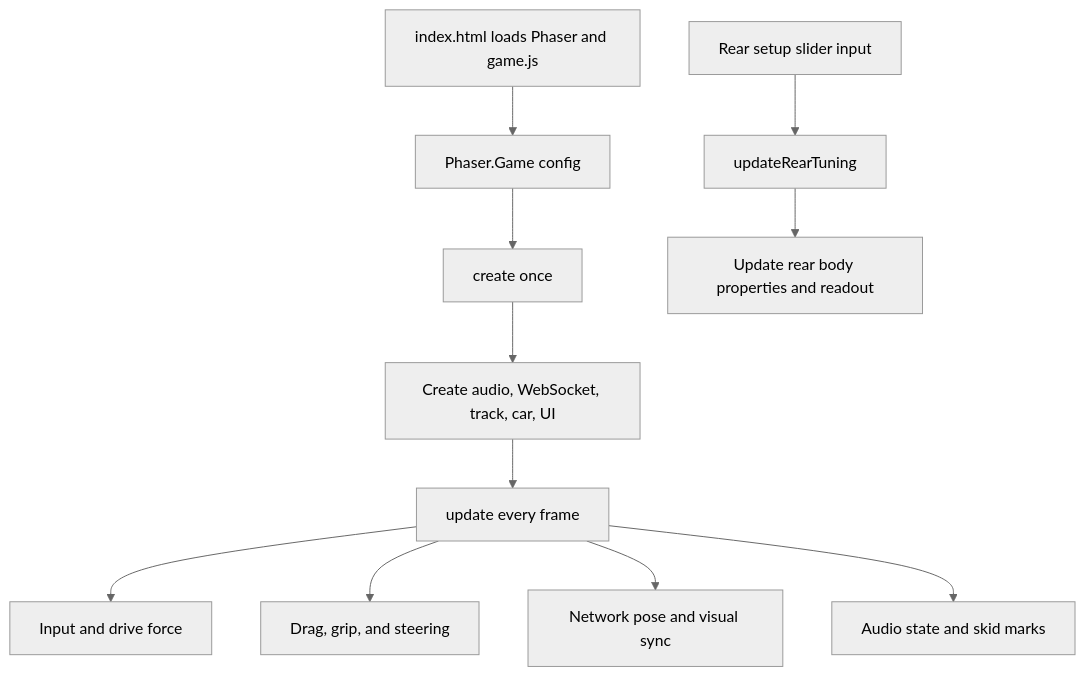
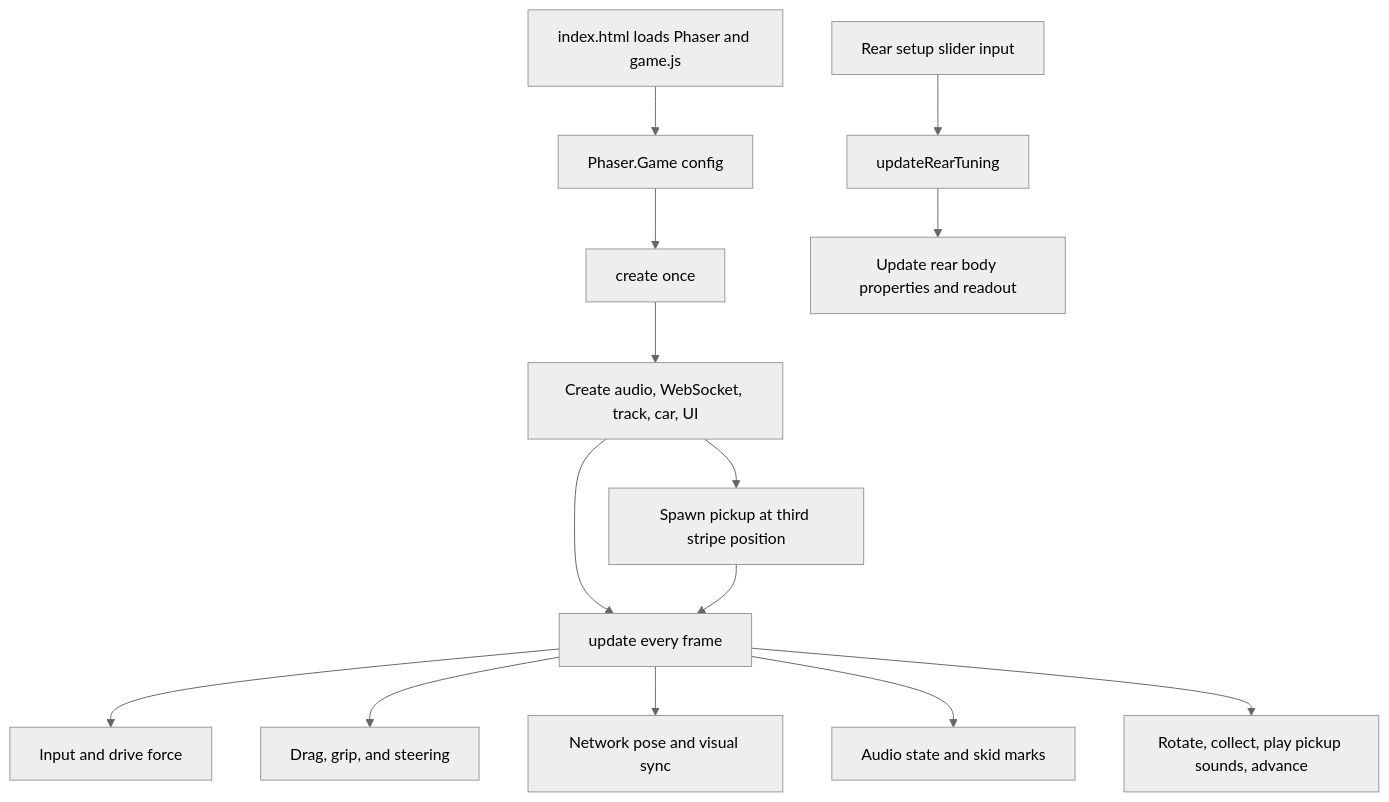
The diagram in ARCH.md (ivo-a2033/racingonline), drawn with Mermaid (neutral theme) before and after one commit. The commit also changed other lines of this file and 7 other files, not shown here.

````diff
--- a/ARCH.md
+++ b/ARCH.md
@@ -38,13 +40,16 @@
 ```mermaid
 flowchart TD
     A[index.html loads Phaser and game.js] --> B[Phaser.Game config]
     B --> C[create once]
     C --> D[Create audio, WebSocket, track, car, UI]
     D --> E[update every frame]
+    D --> M[Spawn pickup at third stripe position]
+    M --> E
     E --> F[Input and drive force]
     E --> G[Drag, grip, and steering]
     E --> H[Network pose and visual sync]
     E --> I[Audio state and skid marks]
+    E --> N[Rotate, collect, play pickup sounds, advance]
     J[Rear setup slider input] --> K[updateRearTuning]
     K --> L[Update rear body properties and readout]
 ```
````
